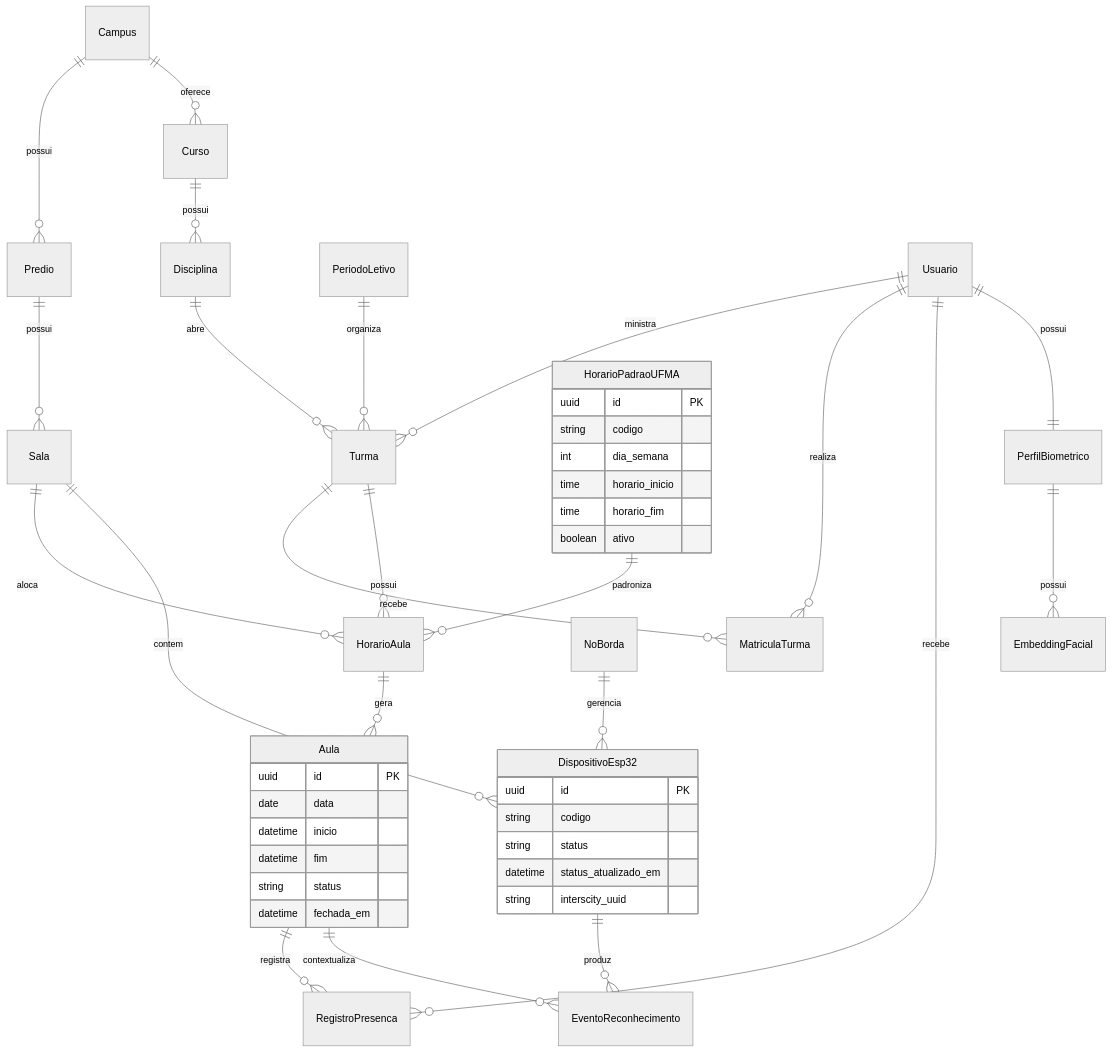
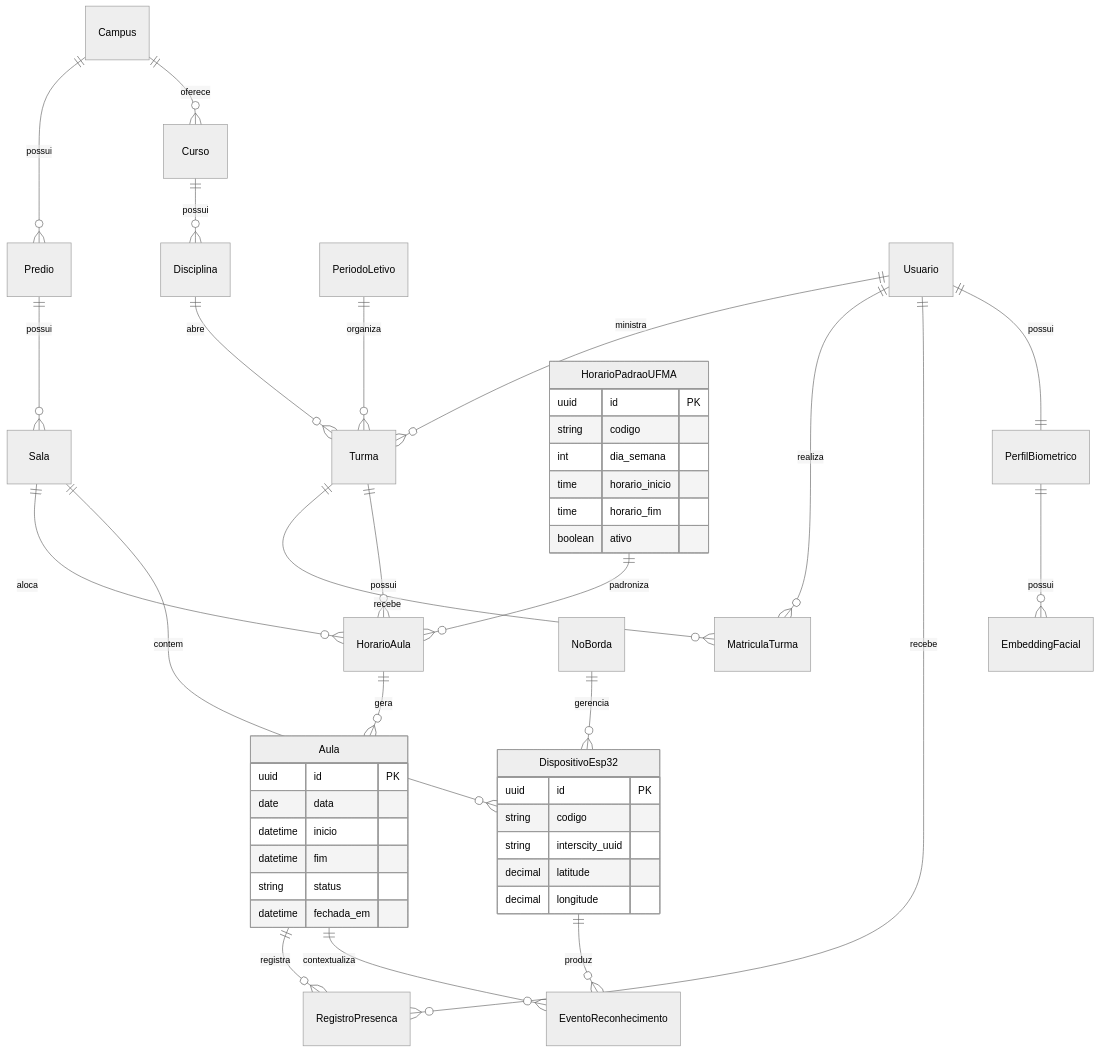
One commit to DanielKGM/autoponto changed the second of 10 diagrams in autoponto-backend/docs/diagramas-tcc.md. Above: the diagram before and after it, drawn with Mermaid (neutral theme). The commit also changed other lines of this file and 29 other files, not shown here.

````diff
--- a/autoponto-backend/docs/diagramas-tcc.md
+++ b/autoponto-backend/docs/diagramas-tcc.md
@@ -22,50 +24,50 @@
 ```mermaid
 erDiagram
     Campus ||--o{ Predio : possui
     Predio ||--o{ Sala : possui
     Campus ||--o{ Curso : oferece
     Curso ||--o{ Disciplina : possui
     PeriodoLetivo ||--o{ Turma : organiza
     Disciplina ||--o{ Turma : abre
     Usuario ||--o{ Turma : ministra
     Turma ||--o{ MatriculaTurma : recebe
     Usuario ||--o{ MatriculaTurma : realiza
     HorarioPadraoUFMA ||--o{ HorarioAula : padroniza
     Turma ||--o{ HorarioAula : possui
     Sala ||--o{ HorarioAula : aloca
     HorarioAula ||--o{ Aula : gera
     Aula ||--o{ RegistroPresenca : registra
     Usuario ||--o{ RegistroPresenca : recebe
     NoBorda ||--o{ DispositivoEsp32 : gerencia
     Sala ||--o{ DispositivoEsp32 : contem
     DispositivoEsp32 ||--o{ EventoReconhecimento : produz
     Aula ||--o{ EventoReconhecimento : contextualiza
     Usuario ||--|| PerfilBiometrico : possui
     PerfilBiometrico ||--o{ EmbeddingFacial : possui
 
     HorarioPadraoUFMA {
         uuid id PK
         string codigo
         int dia_semana
         time horario_inicio
         time horario_fim
         boolean ativo
     }
 
     Aula {
         uuid id PK
         date data
         datetime inicio
         datetime fim
         string status
         datetime fechada_em
     }
 
     DispositivoEsp32 {
         uuid id PK
         string codigo
-        string status
-        datetime status_atualizado_em
         string interscity_uuid
+        decimal latitude
+        decimal longitude
     }
 ```
````
